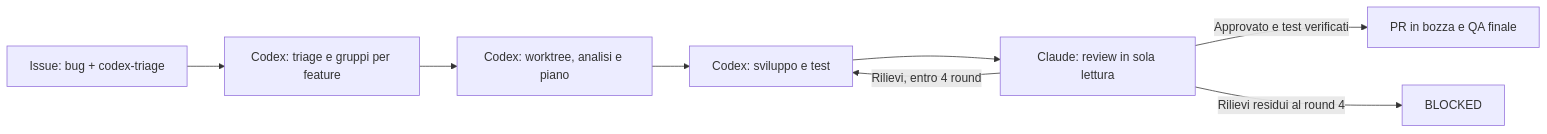
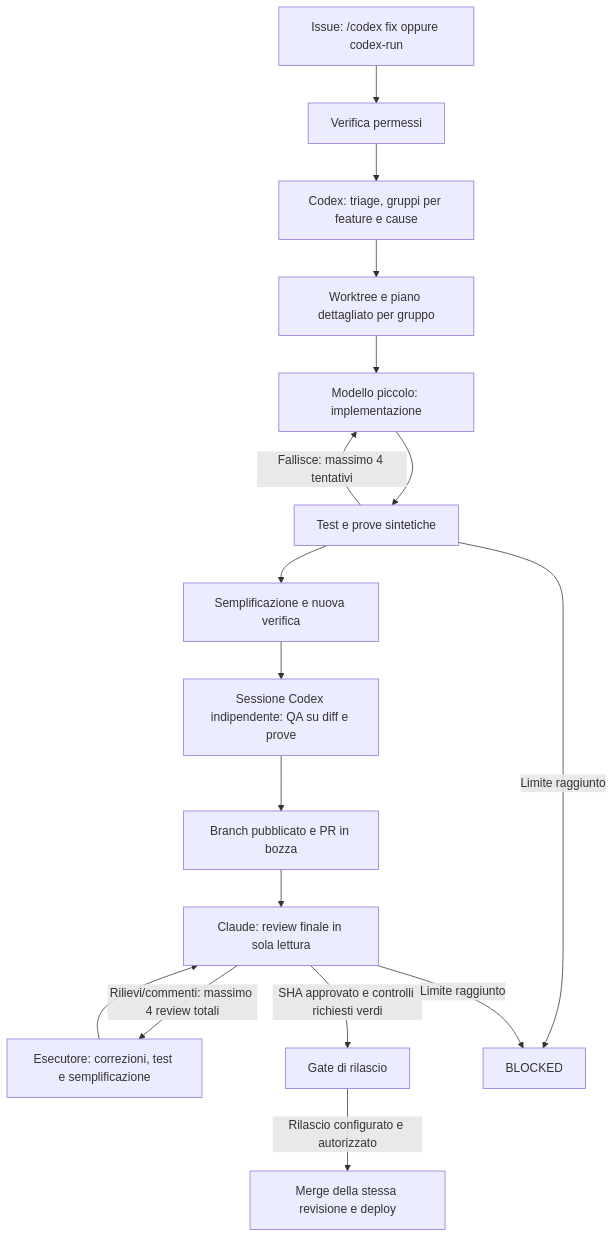
The diagram in docs/codex-bug-workflow.md (l2v-hub/ClinicOS), drawn with Mermaid before and after one commit. The commit also changed other lines of this file and 72 other files, not shown here.

Commit message:
feat: automate Codex bug batches with Luna execution and Claude PR review

````diff
--- a/docs/codex-bug-workflow.md
+++ b/docs/codex-bug-workflow.md
@@ -13,10 +9,19 @@
 ```mermaid
-flowchart LR
-  G[Issue: bug + codex-triage] --> T[Codex: triage e gruppi per feature]
-  T --> P[Codex: worktree, analisi e piano]
-  P --> D[Codex: sviluppo e test]
-  D --> R[Claude: review in sola lettura]
-  R -->|Rilievi, entro 4 round| D
-  R -->|Approvato e test verificati| Q[PR in bozza e QA finale]
-  R -->|Rilievi residui al round 4| B[BLOCKED]
+flowchart TD
+  I[Issue: /codex fix oppure codex-run] --> A[Verifica permessi]
+  A --> T[Codex: triage, gruppi per feature e cause]
+  T --> P[Worktree e piano dettagliato per gruppo]
+  P --> E[Modello piccolo: implementazione]
+  E --> V[Test e prove sintetiche]
+  V -->|Fallisce: massimo 4 tentativi| E
+  V --> S[Semplificazione e nuova verifica]
+  S --> QI[Sessione Codex indipendente: QA su diff e prove]
+  QI --> D[Branch pubblicato e PR in bozza]
+  D --> C[Claude: review finale in sola lettura]
+  C -->|Rilievi/commenti: massimo 4 review totali| F[Esecutore: correzioni, test e semplificazione]
+  F --> C
+  C -->|SHA approvato e controlli richiesti verdi| Q[Gate di rilascio]
+  Q -->|Rilascio configurato e autorizzato| R[Merge della stessa revisione e deploy]
+  V -->|Limite raggiunto| B[BLOCKED]
+  C -->|Limite raggiunto| B
 ```
````
